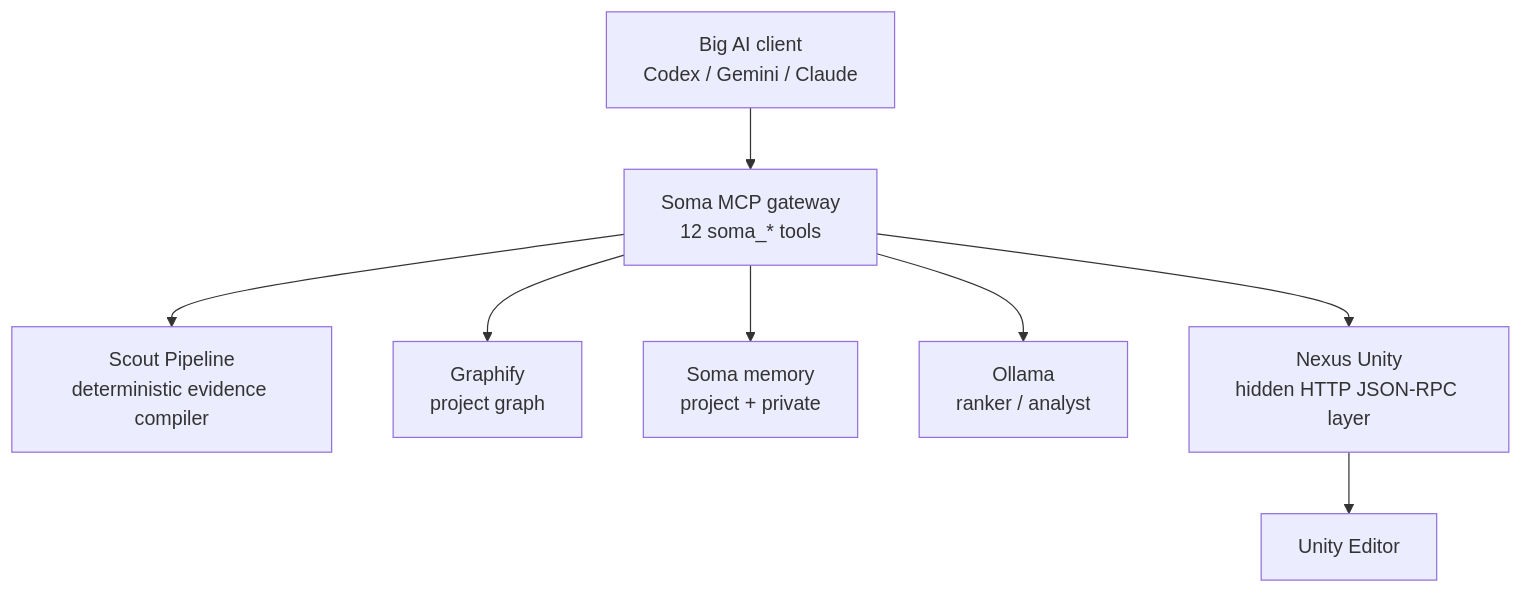
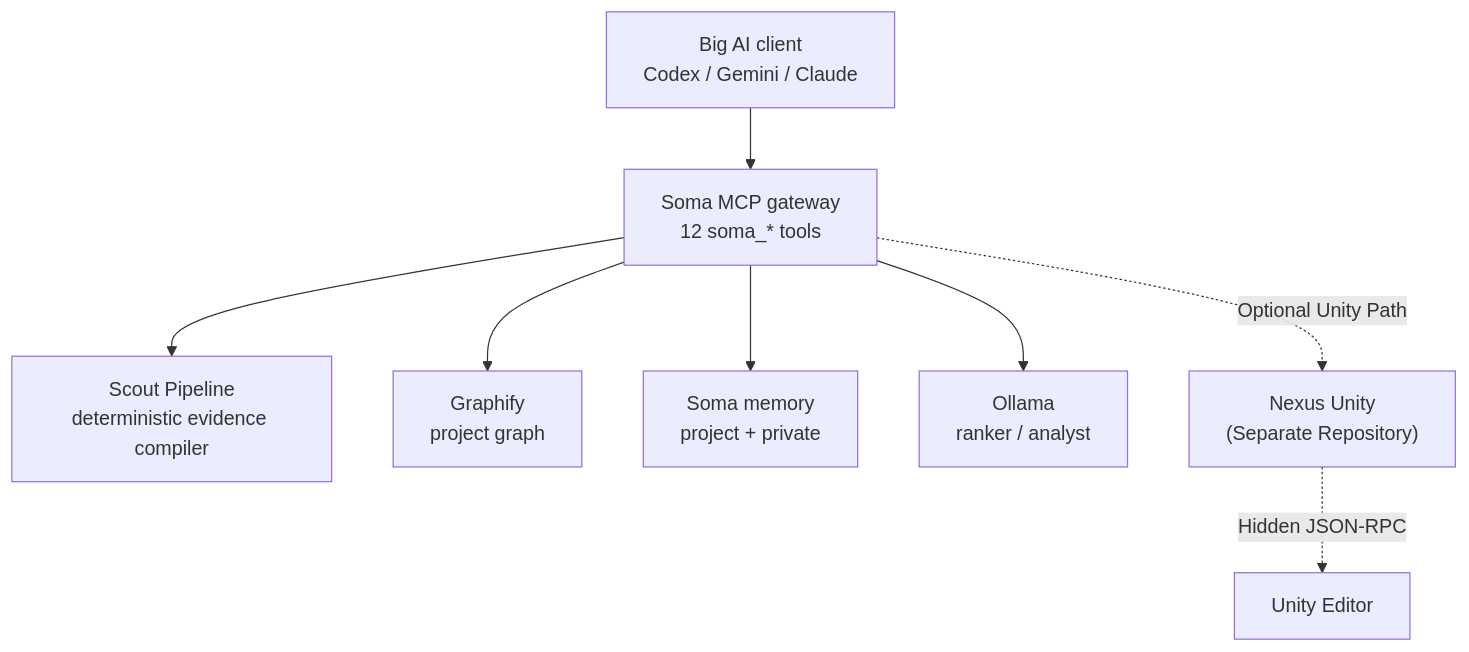
One commit to ForkHorizon/Soma changed the diagram in README.md. Above: the diagram before and after it, drawn with Mermaid. The commit also changed other lines of this file and 14 other files, not shown here.

Commit message:
docs: clarify Nexus Unity as a separate repository and explain dual-mode architecture

````diff
--- a/README.md
+++ b/README.md
@@ -77,10 +82,10 @@
 ```mermaid
 flowchart TD
     Client["Big AI client<br/>Codex / Gemini / Claude"] --> Soma["Soma MCP gateway<br/>12 soma_* tools"]
     Soma --> Scout["Scout Pipeline<br/>deterministic evidence compiler"]
     Soma --> Graphify["Graphify<br/>project graph"]
     Soma --> Memory["Soma memory<br/>project + private"]
     Soma --> Ollama["Ollama<br/>ranker / analyst"]
-    Soma --> Nexus["Nexus Unity<br/>hidden HTTP JSON-RPC layer"]
-    Nexus --> Unity["Unity Editor"]
+    Soma -.->|"Optional Unity Path"| Nexus["Nexus Unity<br/>(Separate Repository)"]
+    Nexus -.->|"Hidden JSON-RPC"| Unity["Unity Editor"]
 ```
````
